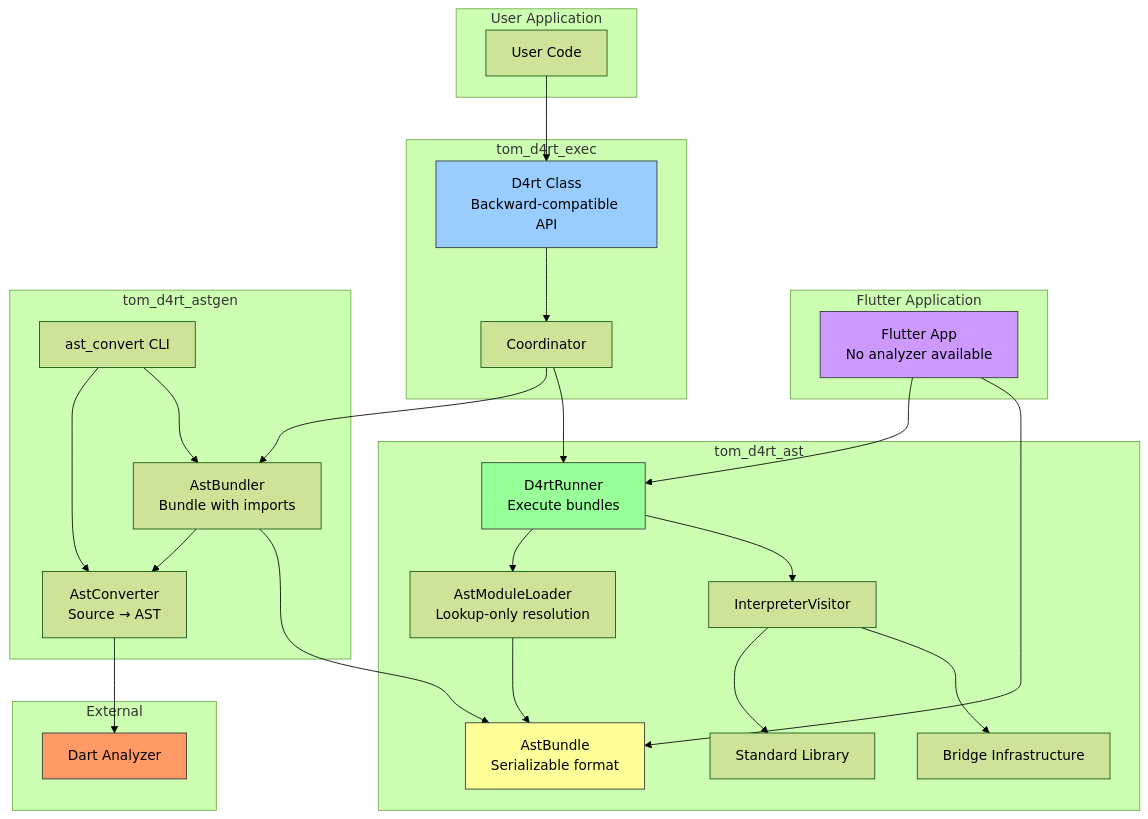
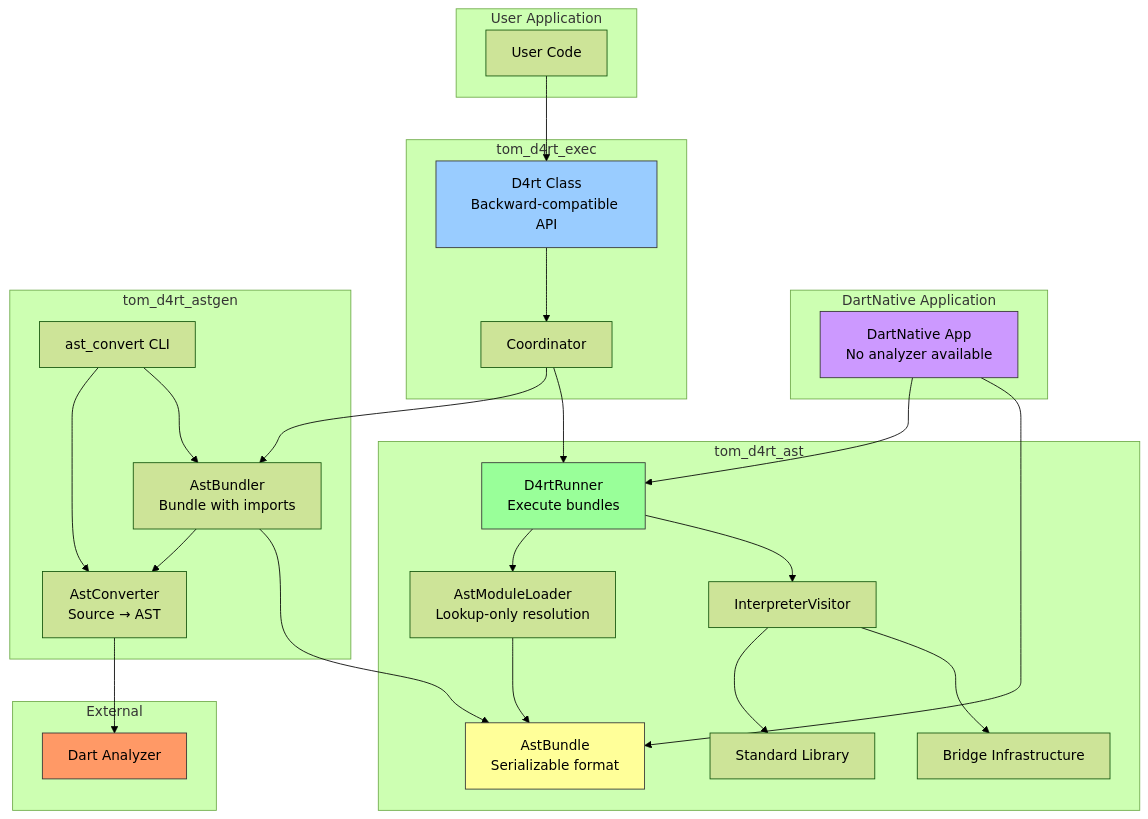
Before and after one commit to crazidev/dartnative_go: the first of 3 diagrams in .agents/skills/tom-d4rt-ast/references/d4rt_ast_architecture_design.md, drawn with Mermaid (forest theme). The commit also changed 28 other files, not shown here.

Commit message:
docs: align terminology from Flutter to DartNative across docs and comments

````diff
--- a/.agents/skills/tom-d4rt-ast/references/d4rt_ast_architecture_design.md
+++ b/.agents/skills/tom-d4rt-ast/references/d4rt_ast_architecture_design.md
@@ -26,57 +26,57 @@
 ```mermaid
 graph TB
     subgraph "User Application"
         APP[User Code]
     end
     
-    subgraph "Flutter Application"
-        FAPP[Flutter App<br/>No analyzer available]
+    subgraph "DartNative Application"
+        FAPP[DartNative App<br/>No analyzer available]
     end
     
     subgraph "tom_d4rt_exec"
         D4RT[D4rt Class<br/>Backward-compatible API]
         COORD[Coordinator]
     end
     
     subgraph "tom_d4rt_astgen"
         CONV[AstConverter<br/>Source → AST]
         BUND[AstBundler<br/>Bundle with imports]
         CLI[ast_convert CLI]
     end
     
     subgraph "tom_d4rt_ast"
         RUNNER[D4rtRunner<br/>Execute bundles]
         BUNDLE[AstBundle<br/>Serializable format]
         LOADER[AstModuleLoader<br/>Lookup-only resolution]
         INTERP[InterpreterVisitor]
         STDLIB[Standard Library]
         BRIDGE[Bridge Infrastructure]
     end
     
     subgraph "External"
         ANALYZER[Dart Analyzer]
     end
     
     APP --> D4RT
     FAPP --> RUNNER
     FAPP --> BUNDLE
     D4RT --> COORD
     COORD --> BUND
     COORD --> RUNNER
     BUND --> CONV
     CONV --> ANALYZER
     BUND --> BUNDLE
     RUNNER --> LOADER
     RUNNER --> INTERP
     LOADER --> BUNDLE
     INTERP --> STDLIB
     INTERP --> BRIDGE
     CLI --> CONV
     CLI --> BUND
     
     style ANALYZER fill:#f96,stroke:#333
     style D4RT fill:#9cf,stroke:#333
     style RUNNER fill:#9f9,stroke:#333
     style BUNDLE fill:#ff9,stroke:#333
     style FAPP fill:#c9f,stroke:#333
 ```
````
